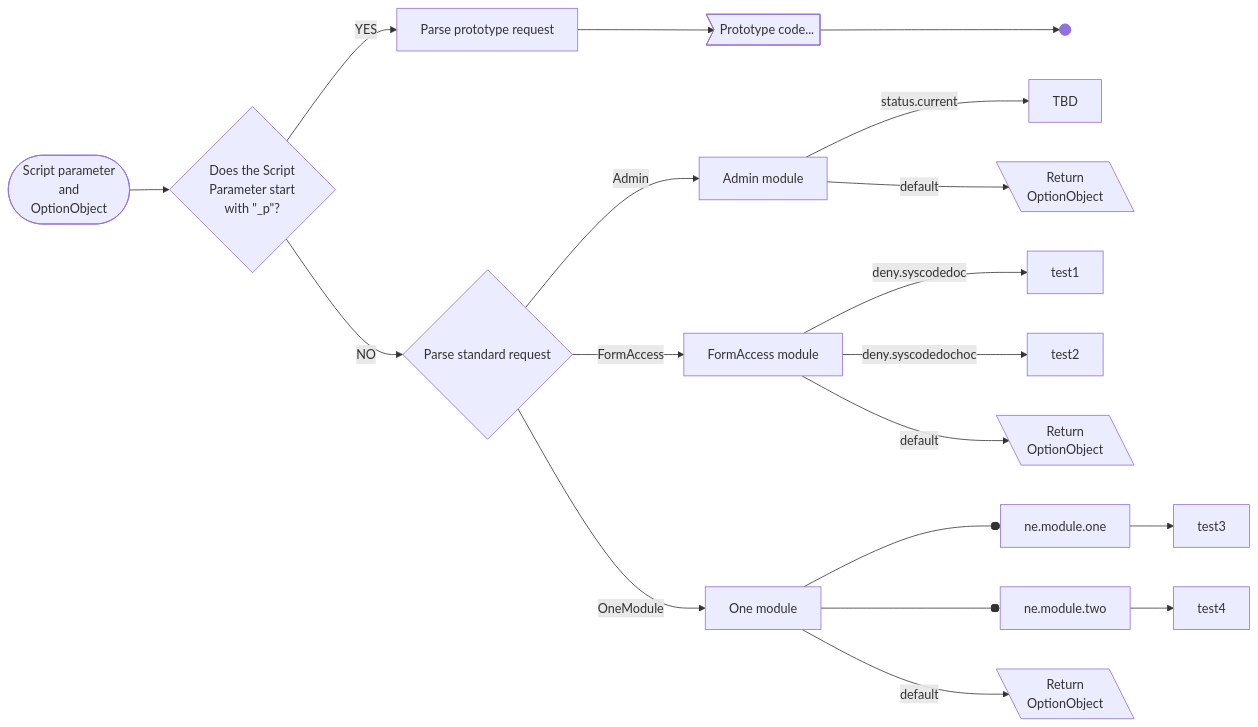
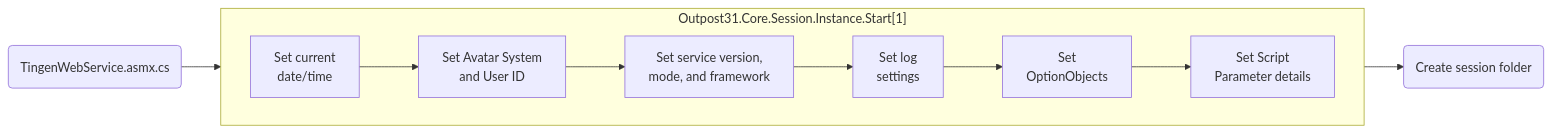
The second of 2 diagrams in dev/workflow-application.md (spectrum-health-systems/tingen-documentation), drawn with Mermaid before and after one commit. The commit also changed other lines of this file and 1 other file, not shown here.

````diff
--- a/dev/workflow-application.md
+++ b/dev/workflow-application.md
@@ -111,26 +41,22 @@
 ```mermaid
 flowchart LR
-
-  ScriptParameter@{ shape: stadium, label: "Script parameter\nand\nOptionObject" } -->
-    ScriptParameterStartsWithP@{ shape: diam, label: "Does the Script\nParameter start\nwith \"_p\"?" }
-      ScriptParameterStartsWithP --YES-->
-        ParsePrototypeRequest@{ shape: rect, label: "Parse prototype request" } -->
-          PrototypeRequest@{ shape: odd, label: "Prototype code..." } -->
-            PrototypeCode@{ shape: junction}
-      ScriptParameterStartsWithP --NO-->
-          StandardRequest@{ shape: diam, label: "Parse standard request" } --Admin-->
-            AdminModule@{ shape: rect, label: "Admin module" } --status.current-->
-              AdminStatusCurrent@{ shape: rect, label: "TBD" }
-            AdminModule --default-->
-              AdminModule_ReturnObject@{ shape: lean-l, label: "Return\nOptionObject" }
-          StandardRequest --FormAccess-->
-            FormAccessModule@{ shape: rect, label: "FormAccess module" } --deny.syscodedoc--> test1
-            FormAccessModule --deny.syscodedochoc--> test2
-            FormAccessModule --default-->
-              FormAccessModule_ReturnObject@{ shape: lean-l, label: "Return\nOptionObject" }
-          StandardRequest --OneModule-->
-            OneModule@{ shape: rect, label: "One module" } --one.module.one--> test3
-            OneModule --one.module.two--> test4
-            OneModule --default-->
-              OneModule_ReturnObject@{ shape: lean-l, label: "Return\nOptionObject" }
+  %% Content
+  From_TingenWebService.asmx.cs@{ shape: rounded, label: "TingenWebService.asmx.cs" }
+  CreateSessionFolder@{ shape: rounded, label: "Create session folder" }
+  subgraph Outpost31.Core.Session.Instance.Start ["Outpost31.Core.Session.Instance.Start[1]"]
+    direction LR
+      %% Content
+      SetCurrentStamp@{ shape: rect, label: "Set current\ndate/time" }
+      SetAvatarInfo@{ shape: rect, label: "Set Avatar System\nand User ID" }
+      SetServiceInfo@{ shape: rect, label: "Set service version,\nmode, and framework" }
+      SetLoggingInfo@{ shape: rect, label: "Set log\nsettings" }    
+      SetOptionObjects@{ shape: rect, label: "Set\nOptionObjects" }
+      SetScriptParameter@{ shape: rect, label: "Set Script\nParameter details" }
+      %% Layout
+      SetCurrentStamp --> SetAvatarInfo --> SetServiceInfo --> SetLoggingInfo --> SetOptionObjects --> SetScriptParameter
+      %% Styles
+  end
+  %% Layout
+  From_TingenWebService.asmx.cs --> Outpost31.Core.Session.Instance.Start --> CreateSessionFolder
+  %% Styles 
 ```
````
